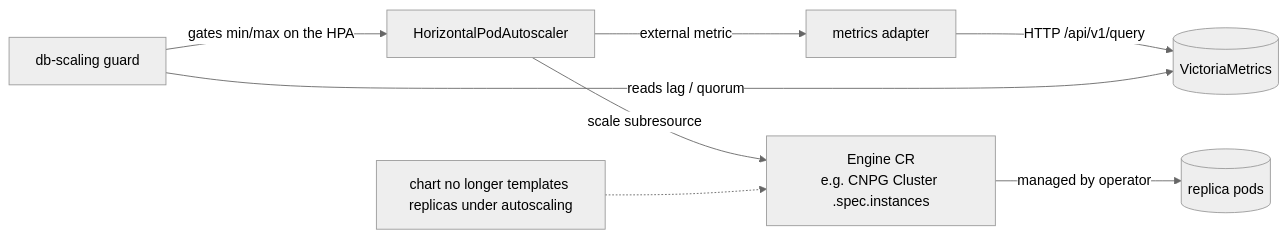
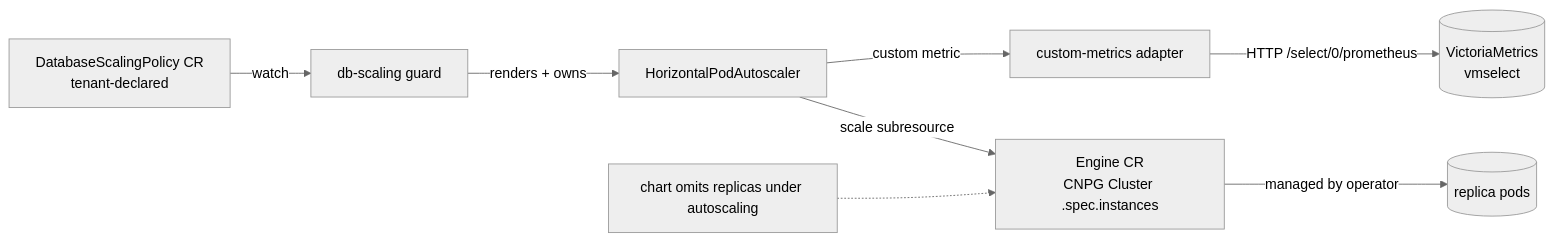
The diagram in design-proposals/database-horizontal-autoscaling/README.md (cozystack/community), drawn with Mermaid (neutral theme) before and after one commit. The commit also changed other lines of this file, not shown here.

First line of the commit message:
docs(dha): address review — HPA metric encoding, guard-owned HPA, scale-down pacing

````diff
--- a/design-proposals/database-horizontal-autoscaling/README.md
+++ b/design-proposals/database-horizontal-autoscaling/README.md
@@ -64,10 +52,10 @@
 ```mermaid
 flowchart LR
-    HPA[HorizontalPodAutoscaler] -- scale subresource --> CR[Engine CR<br/>e.g. CNPG Cluster .spec.instances]
-    HPA -- external metric --> ADAPTER[metrics adapter]
-    ADAPTER -- HTTP /api/v1/query --> VM[(VictoriaMetrics)]
-    GUARD[db-scaling guard] -- reads lag / quorum --> VM
-    GUARD -- gates min/max on the HPA --> HPA
+    DSP[DatabaseScalingPolicy CR<br/>tenant-declared] -- watch --> GUARD[db-scaling guard]
+    GUARD -- renders + owns --> HPA[HorizontalPodAutoscaler]
+    HPA -- custom metric --> ADAPTER[custom-metrics adapter]
+    ADAPTER -- HTTP /select/0/prometheus --> VM[(VictoriaMetrics<br/>vmselect)]
+    HPA -- scale subresource --> CR[Engine CR<br/>CNPG Cluster .spec.instances]
     CR -- managed by operator --> PODS[(replica pods)]
-    NOTE[chart no longer templates replicas under autoscaling] -.-> CR
+    NOTE[chart omits replicas under autoscaling] -.-> CR
 ```
````
